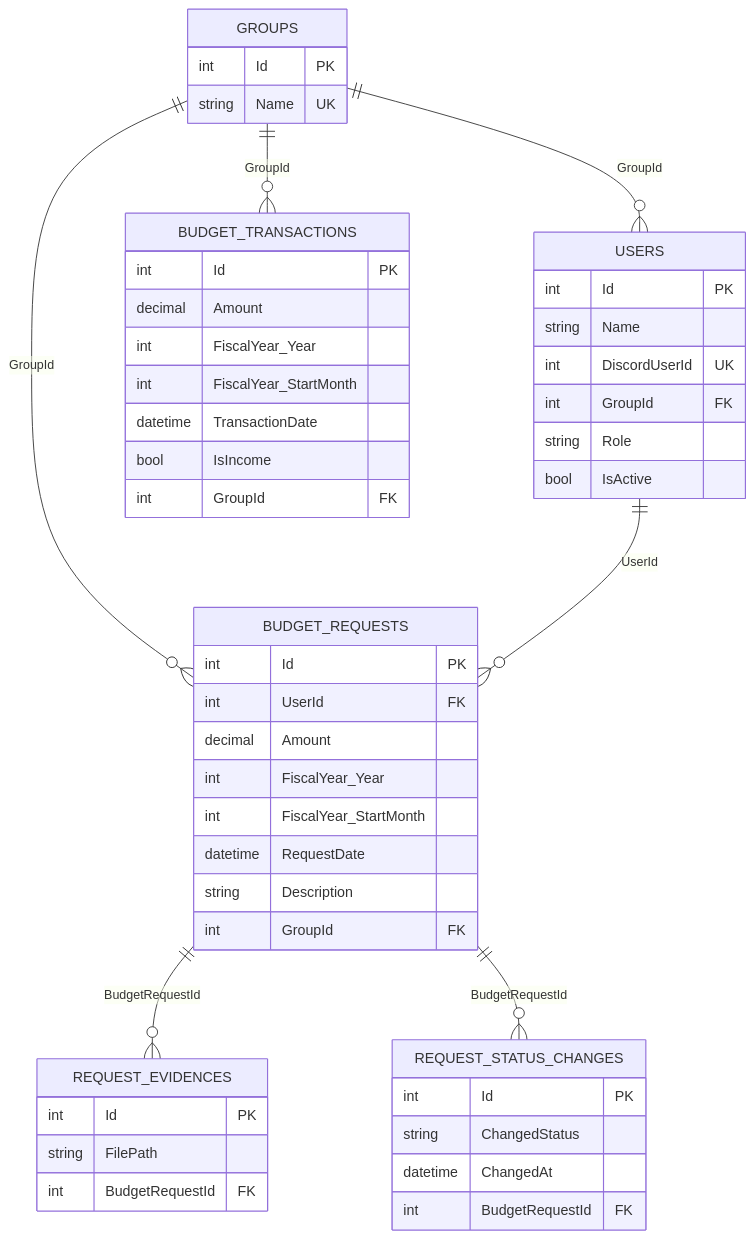
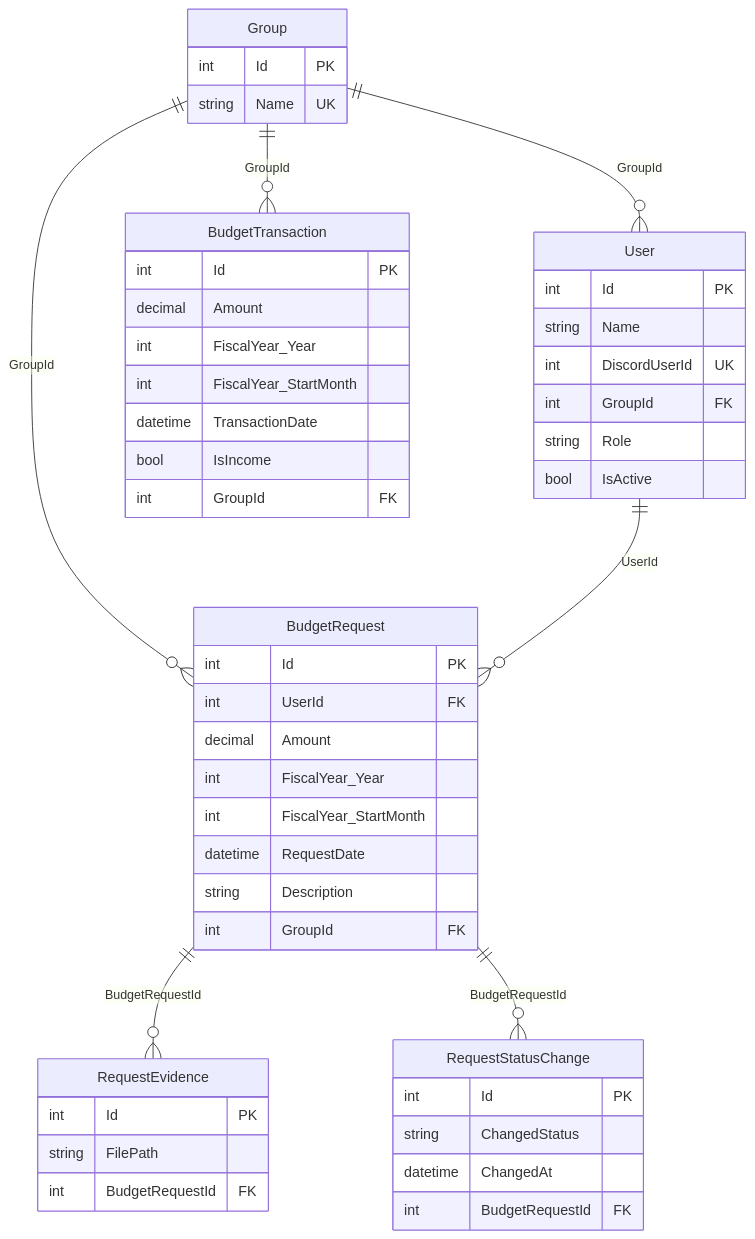
One commit to CASru-IT/BudgetManagementBotSystem changed the first of 2 diagrams in README.md. Above: the diagram before and after it, drawn with Mermaid. The commit also changed other lines of this file, not shown here.

````diff
--- a/README.md
+++ b/README.md
@@ -170,57 +170,57 @@
 ```mermaid
 erDiagram
-    GROUPS ||--o{ USERS : GroupId
-    GROUPS ||--o{ BUDGET_TRANSACTIONS : GroupId
-    GROUPS ||--o{ BUDGET_REQUESTS : GroupId
-    USERS ||--o{ BUDGET_REQUESTS : UserId
-    BUDGET_REQUESTS ||--o{ REQUEST_EVIDENCES : BudgetRequestId
-    BUDGET_REQUESTS ||--o{ REQUEST_STATUS_CHANGES : BudgetRequestId
-
-    GROUPS {
+  Group {
         int Id PK
         string Name UK
     }
 
-    USERS {
+  User {
         int Id PK
         string Name
         int DiscordUserId UK
         int GroupId FK
         string Role
         bool IsActive
     }
 
-    BUDGET_TRANSACTIONS {
-        int Id PK
-        decimal Amount
-        int FiscalYear_Year
-        int FiscalYear_StartMonth
-        datetime TransactionDate
-        bool IsIncome
-        int GroupId FK
-    }
-
-    BUDGET_REQUESTS {
+  BudgetRequest {
         int Id PK
         int UserId FK
         decimal Amount
         int FiscalYear_Year
         int FiscalYear_StartMonth
         datetime RequestDate
         string Description
         int GroupId FK
     }
 
-    REQUEST_EVIDENCES {
+    RequestEvidence {
         int Id PK
         string FilePath
         int BudgetRequestId FK
     }
 
-    REQUEST_STATUS_CHANGES {
+    RequestStatusChange {
         int Id PK
         string ChangedStatus
         datetime ChangedAt
         int BudgetRequestId FK
     }
+
+    BudgetTransaction {
+      int Id PK
+      decimal Amount
+      int FiscalYear_Year
+      int FiscalYear_StartMonth
+      datetime TransactionDate
+      bool IsIncome
+      int GroupId FK
+    }
+
+    Group ||--o{ User : GroupId
+    Group ||--o{ BudgetRequest : GroupId
+    Group ||--o{ BudgetTransaction : GroupId
+    User ||--o{ BudgetRequest : UserId
+    BudgetRequest ||--o{ RequestEvidence : BudgetRequestId
+    BudgetRequest ||--o{ RequestStatusChange : BudgetRequestId
 ```
````
